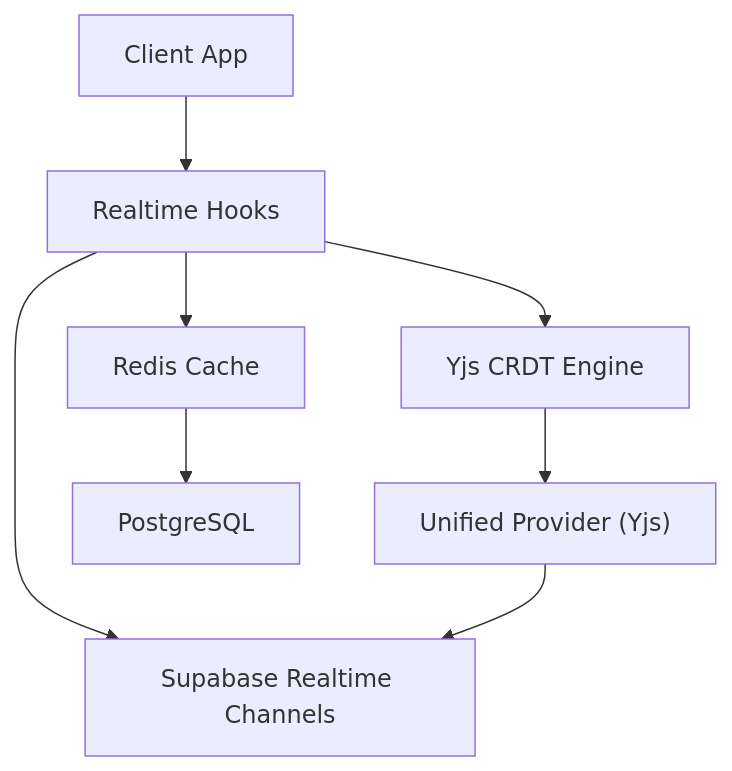
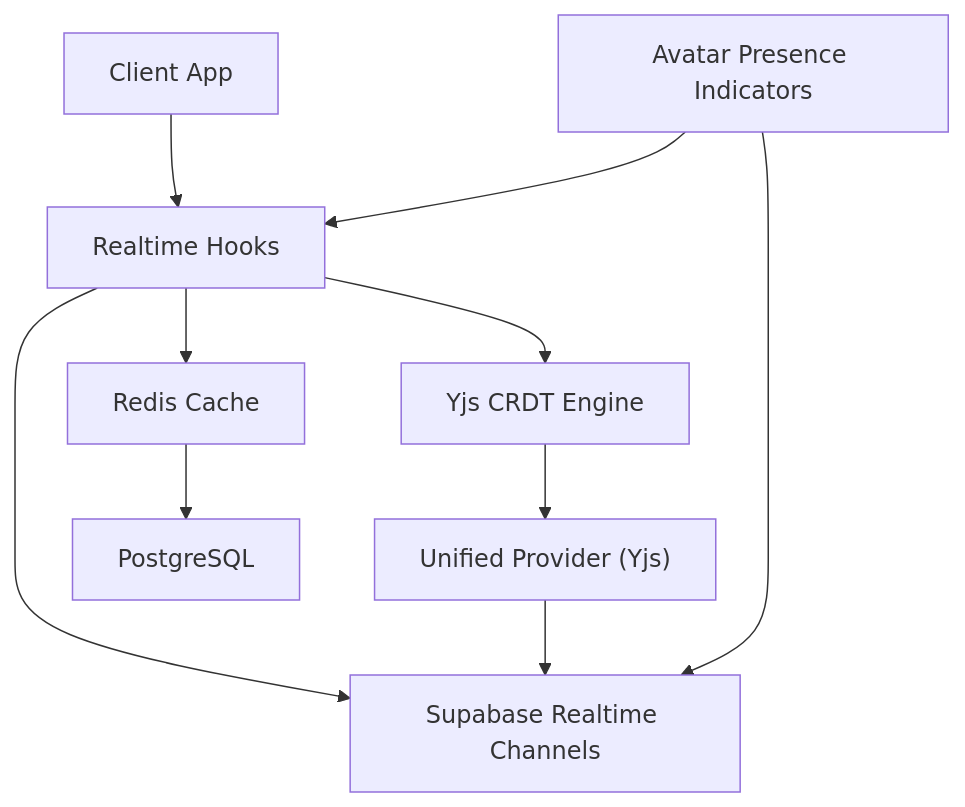
One commit to SinesysTech/zattar-os changed the second of 12 diagrams in .qoder/repowiki/en/content/Real-time Features/Real-time Features.md. Above: the diagram before and after it, drawn with Mermaid. The commit also changed other lines of this file and 4 other files, not shown here.

````diff
--- a/.qoder/repowiki/en/content/Real-time Features/Real-time Features.md
+++ b/.qoder/repowiki/en/content/Real-time Features/Real-time Features.md
@@ -158,17 +198,20 @@
 ```mermaid
 graph TB
 ClientApp["Client App"]
 Hooks["Realtime Hooks"]
 Supabase["Supabase Realtime Channels"]
 Yjs["Yjs CRDT Engine"]
 Providers["Unified Provider (Yjs)"]
 Cache["Redis Cache"]
 DB["PostgreSQL"]
+AvatarIndicators["Avatar Presence Indicators"]
 ClientApp --> Hooks
 Hooks --> Supabase
 Hooks --> Yjs
 Yjs --> Providers
 Providers --> Supabase
 Hooks --> Cache
 Cache --> DB
+AvatarIndicators --> Hooks
+AvatarIndicators --> Supabase
 ```
````
